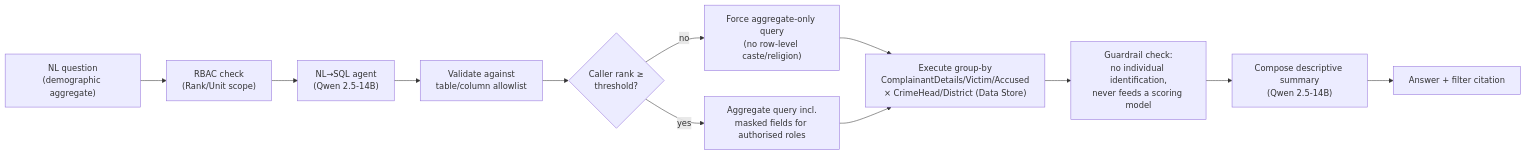
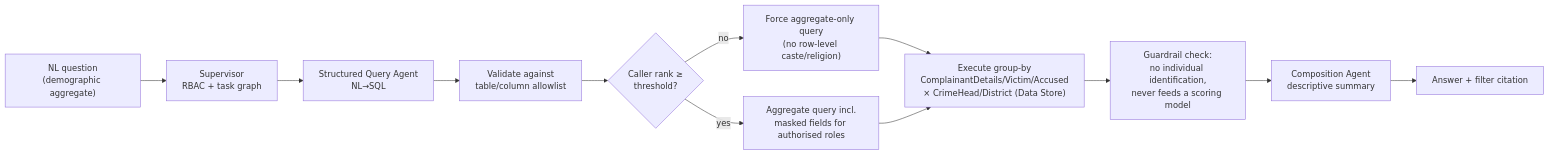
One commit to SHYAMSUNDAR2396/ksp-crime-copilot changed the fifth of 8 diagrams in PLAN.md. Above: the diagram before and after it, drawn with Mermaid. The commit also changed other lines of this file and 1 other file, not shown here.

````diff
--- a/PLAN.md
+++ b/PLAN.md
@@ -240,14 +322,14 @@
 ```mermaid
 flowchart LR
-  Q["NL question<br/>(demographic aggregate)"] --> RBAC["RBAC check<br/>(Rank/Unit scope)"]
-  RBAC --> SQLQ["NL→SQL agent<br/>(Qwen 2.5-14B)"]
+  Q["NL question<br/>(demographic aggregate)"] --> SUP["Supervisor<br/>RBAC + task graph"]
+  SUP --> SQLQ["Structured Query Agent<br/>NL→SQL"]
   SQLQ --> VALID["Validate against<br/>table/column allowlist"]
   VALID --> MASK{"Caller rank ≥<br/>threshold?"}
   MASK -- no --> AGGONLY["Force aggregate-only query<br/>(no row-level caste/religion)"]
   MASK -- yes --> FULLQ["Aggregate query incl.<br/>masked fields for authorised roles"]
   AGGONLY --> RUN
   FULLQ --> RUN["Execute group-by<br/>ComplainantDetails/Victim/Accused<br/>× CrimeHead/District (Data Store)"]
   RUN --> GUARD["Guardrail check:<br/>no individual identification,<br/>never feeds a scoring model"]
-  GUARD --> COMP["Compose descriptive summary<br/>(Qwen 2.5-14B)"]
+  GUARD --> COMP["Composition Agent<br/>descriptive summary"]
   COMP --> OUT["Answer + filter citation"]
 ```
````
